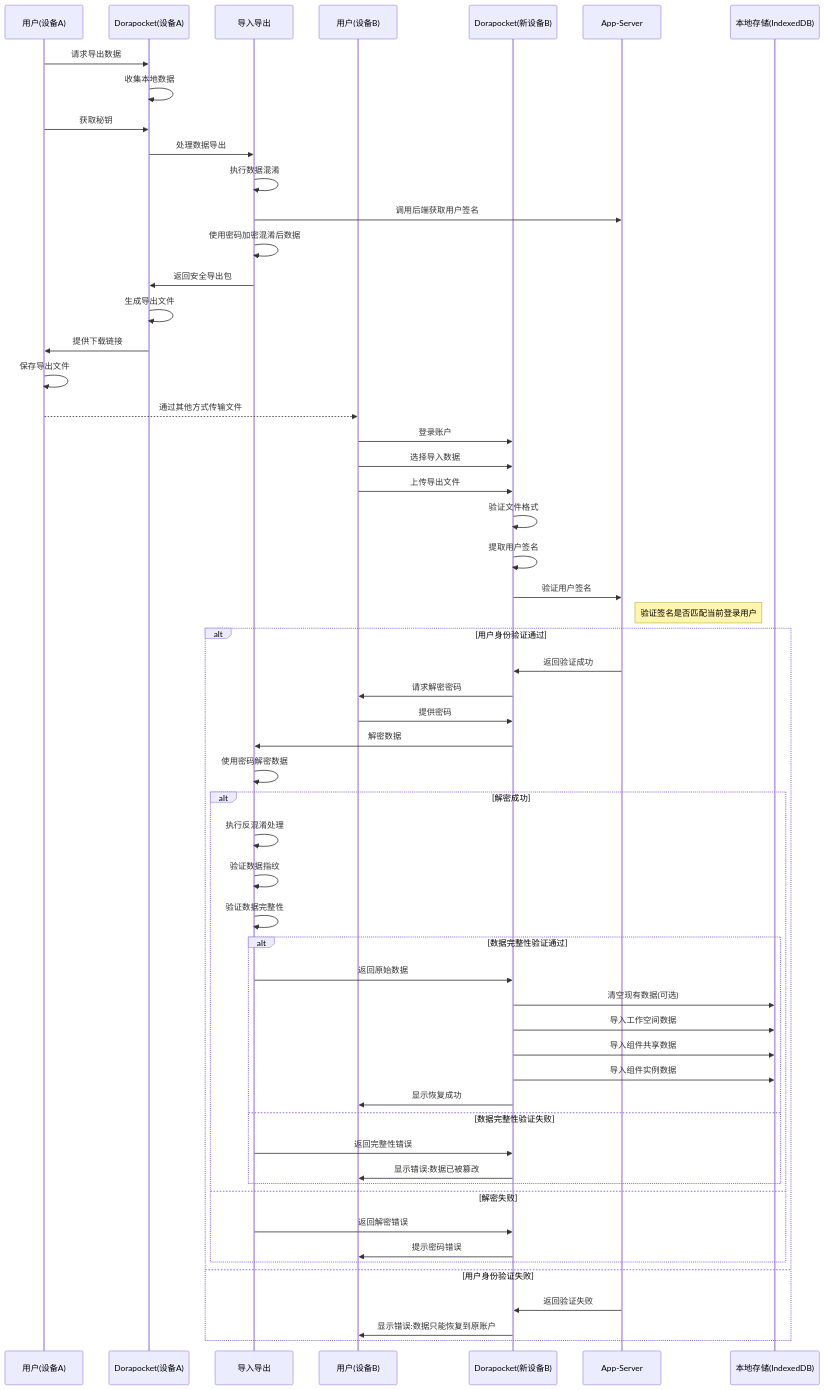
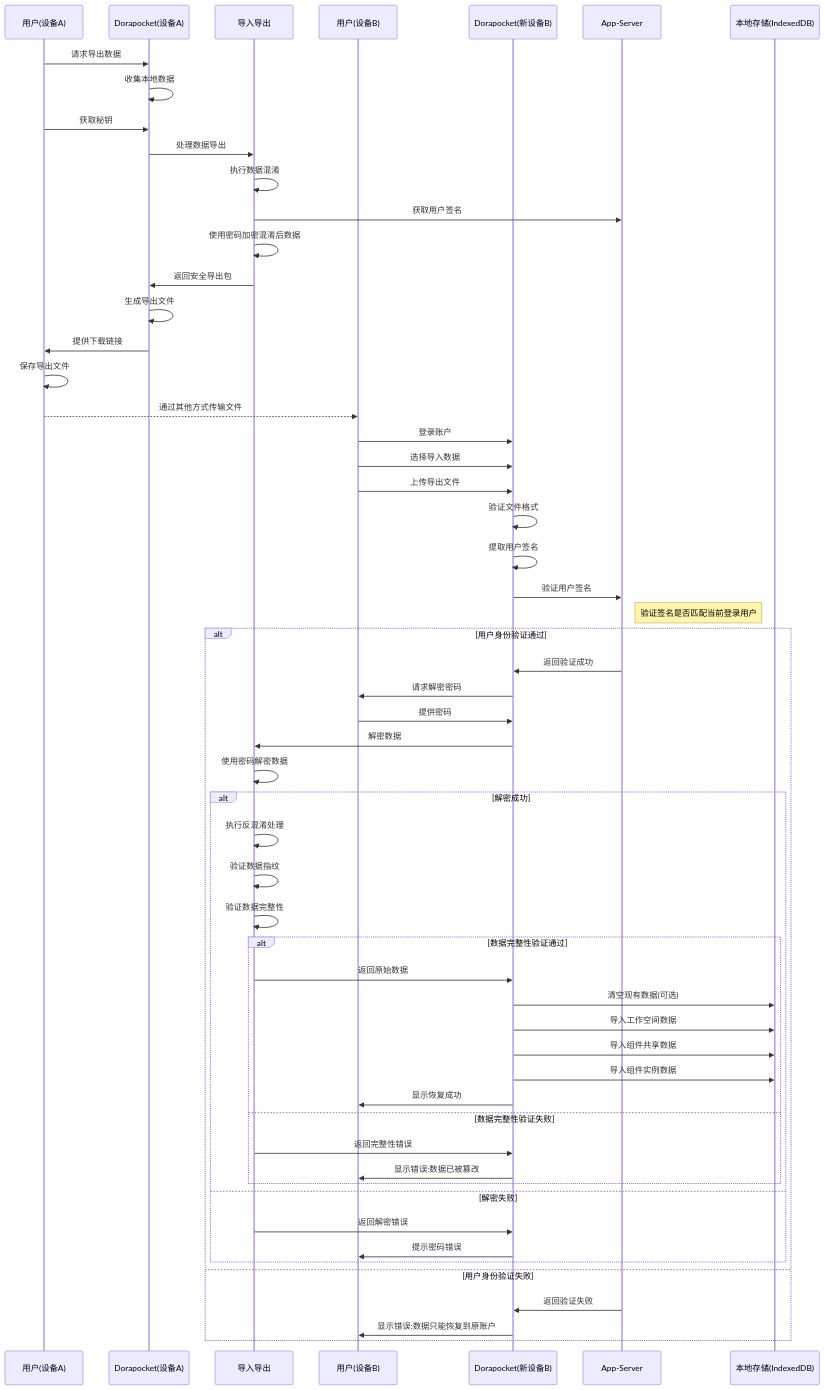
The diagram in all/未命名-34.md (yingjianzh/iodraw-files), drawn with Mermaid before and after one commit.

Commit message:
2025-04-17 16:52:46 update

````diff
--- a/all/未命名-34.md
+++ b/all/未命名-34.md
@@ -1,72 +1,73 @@
 ```mermaid
 sequenceDiagram
     participant UserOld as 用户(设备A)
     participant AppOld as Dorapocket(设备A)
     participant Security as 导入导出
     participant UserNew as 用户(设备B)
     participant AppNew as Dorapocket(新设备B)
     participant AppServer as App-Server
     participant LocalDB as 本地存储(IndexedDB)
     
     %% 导出流程
     UserOld->>AppOld: 请求导出数据
     AppOld->>AppOld: 收集本地数据
     UserOld->>AppOld: 获取秘钥
     
     AppOld->>Security: 处理数据导出
     Security->>Security: 执行数据混淆
-    Security->>AppServer: 调用后端获取用户签名
+    Security->>AppServer: 获取用户签名
+    
     Security->>Security: 使用密码加密混淆后数据
     Security->>AppOld: 返回安全导出包
     
     AppOld->>AppOld: 生成导出文件
     AppOld->>UserOld: 提供下载链接
     UserOld->>UserOld: 保存导出文件
     
     %% 传输文件(由用户完成)
     UserOld-->>UserNew: 通过其他方式传输文件
     
     %% 恢复流程
     UserNew->>AppNew: 登录账户
     UserNew->>AppNew: 选择导入数据
     UserNew->>AppNew: 上传导出文件
     
     AppNew->>AppNew: 验证文件格式
     AppNew->>AppNew: 提取用户签名
     
     AppNew->>AppServer: 验证用户签名
     note right of AppServer: 验证签名是否匹配当前登录用户
     
     alt 用户身份验证通过
         AppServer->>AppNew: 返回验证成功
         AppNew->>UserNew: 请求解密密码
         UserNew->>AppNew: 提供密码
         
         AppNew->>Security: 解密数据
         Security->>Security: 使用密码解密数据
         
         alt 解密成功
             Security->>Security: 执行反混淆处理
             Security->>Security: 验证数据指纹
             Security->>Security: 验证数据完整性
             
             alt 数据完整性验证通过
                 Security->>AppNew: 返回原始数据
                 AppNew->>LocalDB: 清空现有数据(可选)
                 AppNew->>LocalDB: 导入工作空间数据
                 AppNew->>LocalDB: 导入组件共享数据
                 AppNew->>LocalDB: 导入组件实例数据
                 AppNew->>UserNew: 显示恢复成功
             else 数据完整性验证失败
                 Security->>AppNew: 返回完整性错误
                 AppNew->>UserNew: 显示错误:数据已被篡改
             end
         else 解密失败
             Security->>AppNew: 返回解密错误
             AppNew->>UserNew: 提示密码错误
         end
     else 用户身份验证失败
         AppServer->>AppNew: 返回验证失败
         AppNew->>UserNew: 显示错误:数据只能恢复到原账户
     end
 ```
````
